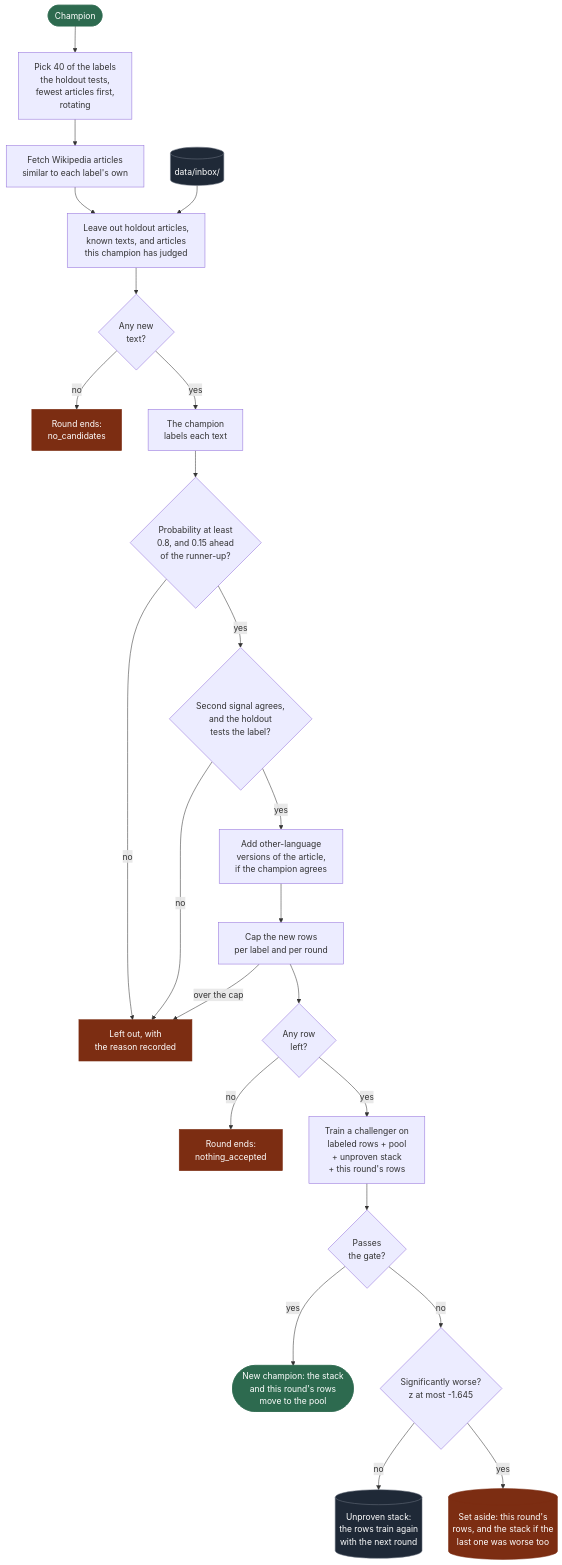
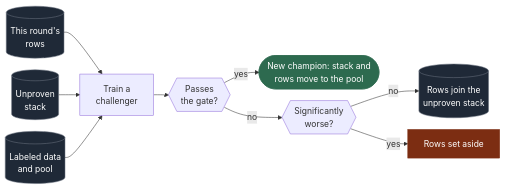
The fifth of 6 diagrams in README.md (LCapy/embedding-rhizome-classifier), drawn with Mermaid before and after one commit. The commit also changed other lines of this file, not shown here.

Commit message:
docs: horizontal, compact training flowcharts in the README

````diff
--- a/README.md
+++ b/README.md
@@ -402,34 +407,19 @@
 ```mermaid
-flowchart TD
-    Start(["Champion"]) --> Nodes["Pick 40 of the labels<br/>the holdout tests,<br/>fewest articles first,<br/>rotating"]
-    Nodes --> Wiki["Fetch Wikipedia articles<br/>similar to each label's own"]
-    Wiki --> Dedupe["Leave out holdout articles,<br/>known texts, and articles<br/>this champion has judged"]
-    Inbox[("data/inbox/")] --> Dedupe
-    Dedupe --> Any{"Any new<br/>text?"}
-    Any -->|"no"| NoText["Round ends:<br/>no_candidates"]
-    Any -->|"yes"| Label["The champion<br/>labels each text"]
-
-    Label --> Conf{"Probability at least<br/>0.8, and 0.15 ahead<br/>of the runner-up?"}
-    Conf -->|"no"| Skip["Left out, with<br/>the reason recorded"]
-    Conf -->|"yes"| Second{"Second signal agrees,<br/>and the holdout<br/>tests the label?"}
-    Second -->|"no"| Skip
-    Second -->|"yes"| Trans["Add other-language<br/>versions of the article,<br/>if the champion agrees"]
-    Trans --> Caps["Cap the new rows<br/>per label and per round"]
-    Caps -->|"over the cap"| Skip
-    Caps --> Left{"Any row<br/>left?"}
-    Left -->|"no"| NoRows["Round ends:<br/>nothing_accepted"]
-
-    Left -->|"yes"| Train["Train a challenger on<br/>labeled rows + pool<br/>+ unproven stack<br/>+ this round's rows"]
-    Train --> Gate{"Passes<br/>the gate?"}
-    Gate -->|"yes"| Promote(["New champion: the stack<br/>and this round's rows<br/>move to the pool"])
-    Gate -->|"no"| Worse{"Significantly worse?<br/>z at most -1.645"}
-    Worse -->|"no"| Stack[("Unproven stack:<br/>the rows train again<br/>with the next round")]
-    Worse -->|"yes"| Aside[("Set aside: this round's<br/>rows, and the stack if the<br/>last one was worse too")]
+%%{init: {"flowchart": {"nodeSpacing": 22, "rankSpacing": 28}}}%%
+flowchart LR
+    Rows[("This round's<br/>rows")] --> Train["Train a<br/>challenger"]
+    Stack[("Unproven<br/>stack")] --> Train
+    Pool[("Labeled data<br/>and pool")] --> Train
+    Train --> Gate{{"Passes<br/>the gate?"}}
+    Gate -->|"yes"| Promote(["New champion: stack and<br/>rows move to the pool"])
+    Gate -->|"no"| Worse{{"Significantly<br/>worse?"}}
+    Worse -->|"no"| Join[("Rows join the<br/>unproven stack")]
+    Worse -->|"yes"| Aside["Rows set aside"]
 
     classDef champion fill:#2d6a4f,color:#fff,stroke:#2d6a4f
     classDef store fill:#1f2937,color:#fff,stroke:#6b7280
     classDef ended fill:#7c2d12,color:#fff,stroke:#7c2d12
-    class Start,Promote champion
-    class Inbox,Stack store
-    class NoText,NoRows,Skip,Aside ended
+    class Promote champion
+    class Rows,Stack,Pool,Join store
+    class Aside ended
 ```
````
